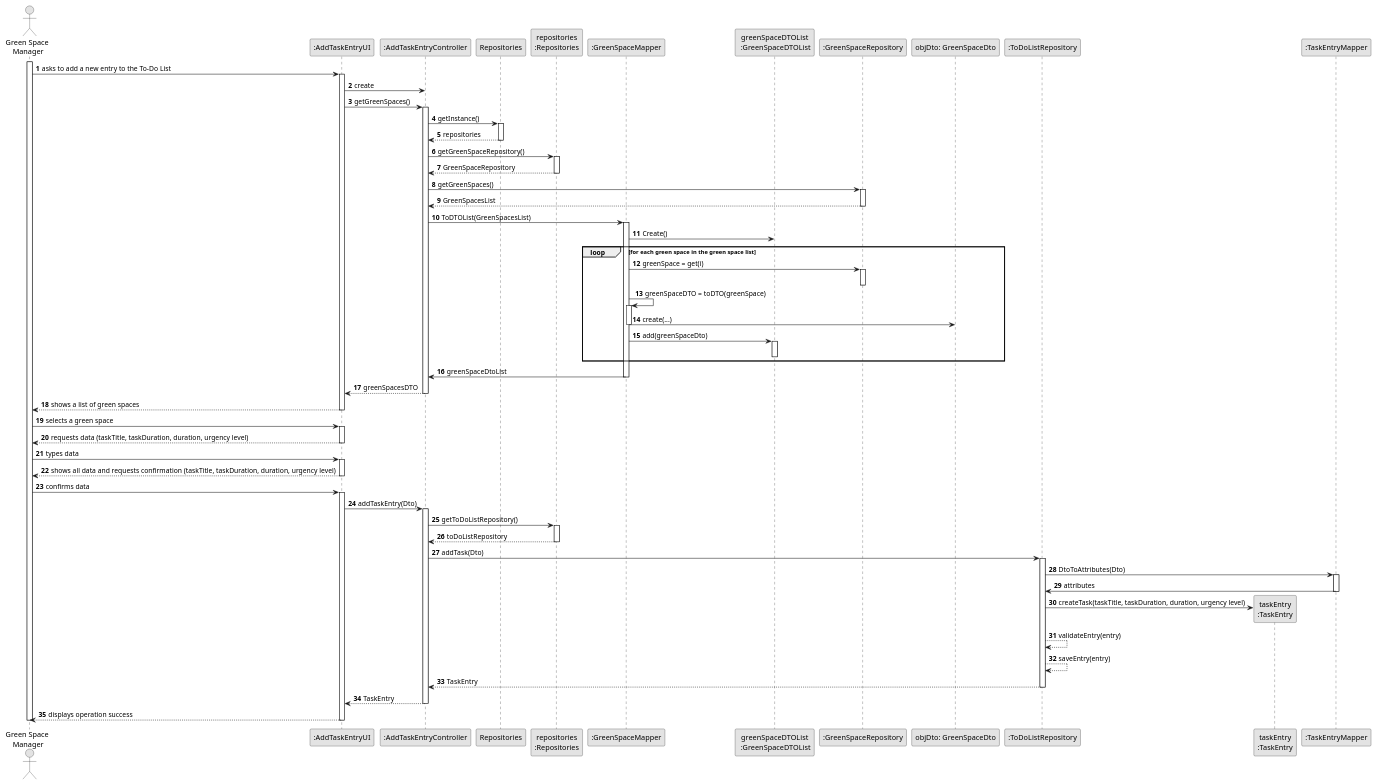
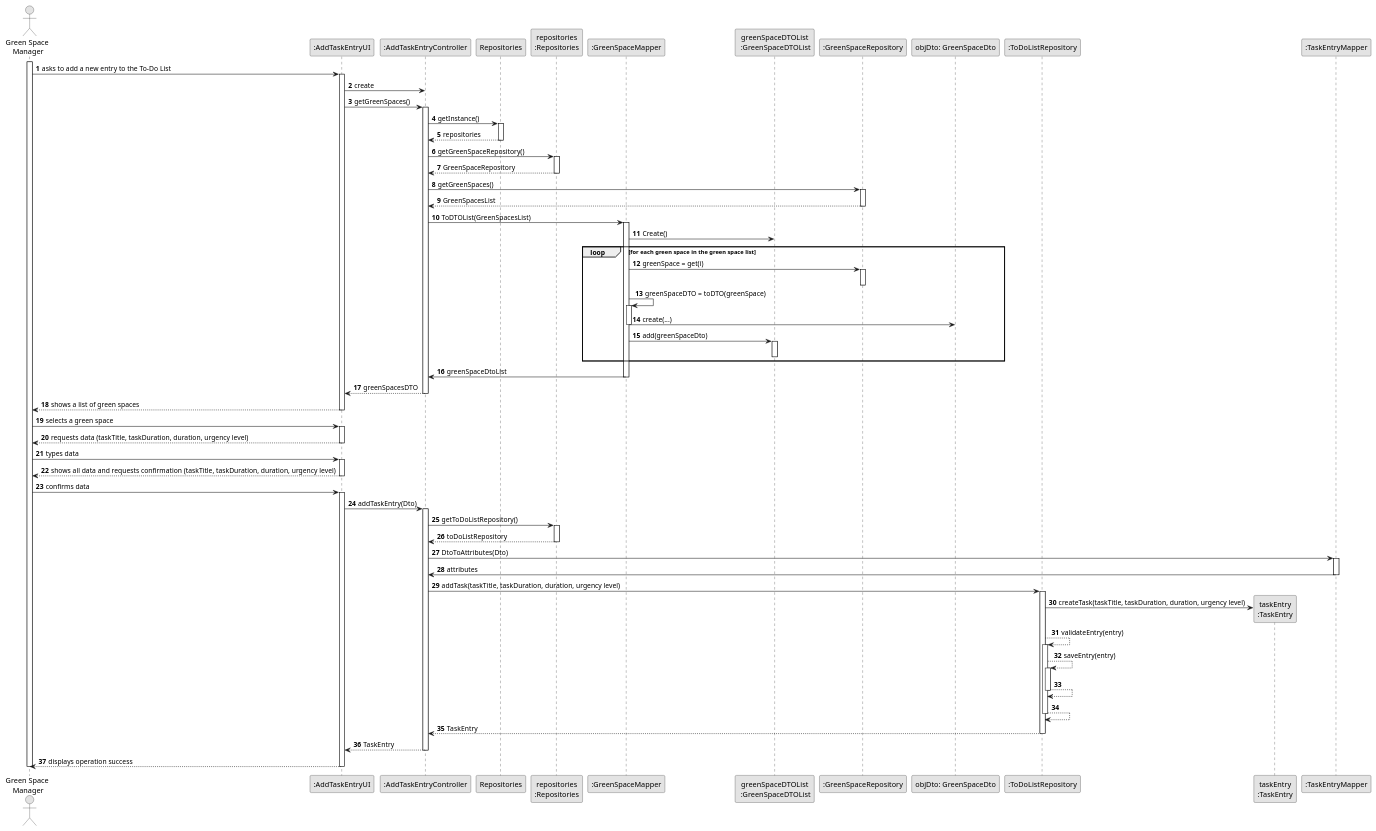
One commit to Departamento-de-Engenharia-Informatica/lei-24-s2-1dkl-g134 changed the diagram in docs/sprintC/us021/03.design/puml/us021-sequence-diagram-full.puml. Above: the diagram before and after it, drawn with PlantUML.

Commit message:
validation corrected us21 SD

```diff
--- a/docs/sprintC/us021/03.design/puml/us021-sequence-diagram-full.puml
+++ b/docs/sprintC/us021/03.design/puml/us021-sequence-diagram-full.puml
@@ -1,126 +1,133 @@
 @startuml
 skinparam monochrome true
 skinparam packageStyle rectangle
 skinparam shadowing false
 
 autonumber
 
 'hide footbox
 actor "Green Space \nManager" as ADM
 participant ":AddTaskEntryUI" as UI
 participant ":AddTaskEntryController" as CTRL
 participant "Repositories" as RepositorySingleton
 participant "repositories\n:Repositories" as PLAT
 participant ":GreenSpaceMapper" as MAP
 participant "greenSpaceDTOList\n :GreenSpaceDTOList" as DTO
 participant ":GreenSpaceRepository" as URG
 participant "objDto: GreenSpaceDto" as GDTO
 participant ":ToDoListRepository" as TDR
 participant "taskEntry\n:TaskEntry" as TASK
 participant ":TaskEntryMapper" as TMAP
 
 
 
 activate ADM
 
     ADM -> UI : asks to add a new entry to the To-Do List
     activate UI
         UI -> CTRL : create
         UI -> CTRL : getGreenSpaces()
         activate CTRL
 
             CTRL -> RepositorySingleton : getInstance()
             activate RepositorySingleton
 
                 RepositorySingleton --> CTRL : repositories
             deactivate RepositorySingleton
 
             CTRL -> PLAT : getGreenSpaceRepository()
             activate PLAT
 
                 PLAT --> CTRL : GreenSpaceRepository
             deactivate PLAT
 
             CTRL -> URG : getGreenSpaces()
             activate URG
 
                 URG --> CTRL : GreenSpacesList
             deactivate URG
 
             CTRL -> MAP : ToDTOList(GreenSpacesList)
             activate MAP
                 MAP -> DTO: Create()
                 loop for each green space in the green space list
                 MAP -> URG: greenSpace = get(i)
                 activate URG
                 deactivate URG
                 MAP -> MAP: greenSpaceDTO = toDTO(greenSpace)
                 activate MAP
                 MAP -> GDTO: create(...)
                 deactivate MAP
                 MAP -> DTO: add(greenSpaceDto)
 
                 activate DTO
                 deactivate DTO
                 end
                 MAP -> CTRL: greenSpaceDtoList
             deactivate MAP
 
             CTRL --> UI : greenSpacesDTO
         deactivate CTRL
 
         UI --> ADM : shows a list of green spaces
     deactivate UI
 
     ADM -> UI : selects a green space
     activate UI
 
         UI --> ADM : requests data (taskTitle, taskDuration, duration, urgency level)
     deactivate UI
 
     ADM -> UI : types data
     activate UI
 
         UI --> ADM : shows all data and requests confirmation (taskTitle, taskDuration, duration, urgency level)
     deactivate UI
 
     ADM -> UI : confirms data
     activate UI
 
         UI -> CTRL : addTaskEntry(Dto)
         activate CTRL
 
             CTRL -> PLAT : getToDoListRepository()
             activate PLAT
 
                 PLAT --> CTRL : toDoListRepository
             deactivate PLAT
+                            CTRL ->TMAP : DtoToAttributes(Dto)
+                            activate TMAP
+                            TMAP ->CTRL : attributes
+                                            Deactivate TMAP
 
-            CTRL -> TDR : addTask(Dto)
+            CTRL -> TDR : addTask(taskTitle, taskDuration, duration, urgency level)
             activate TDR
 
 
 
 
-                TDR ->TMAP : DtoToAttributes(Dto)
-                activate TMAP
-                TMAP ->TDR : attributes
-                                Deactivate TMAP
+
                 TDR -> TASK** : createTask(taskTitle, taskDuration, duration, urgency level)
                 TDR --> TDR : validateEntry(entry)
+                activate TDR
                 TDR --> TDR : saveEntry(entry)
+                activate TDR
+                TDR --> TDR
+                deactivate TDR
+                TDR --> TDR
+                deactivate TDR
 
 
                 TDR --> CTRL : TaskEntry
 
             deactivate TDR
 
             CTRL --> UI : TaskEntry
         deactivate CTRL
 
         UI --> ADM : displays operation success
     deactivate UI
 
 deactivate ADM
 
 @enduml
```
